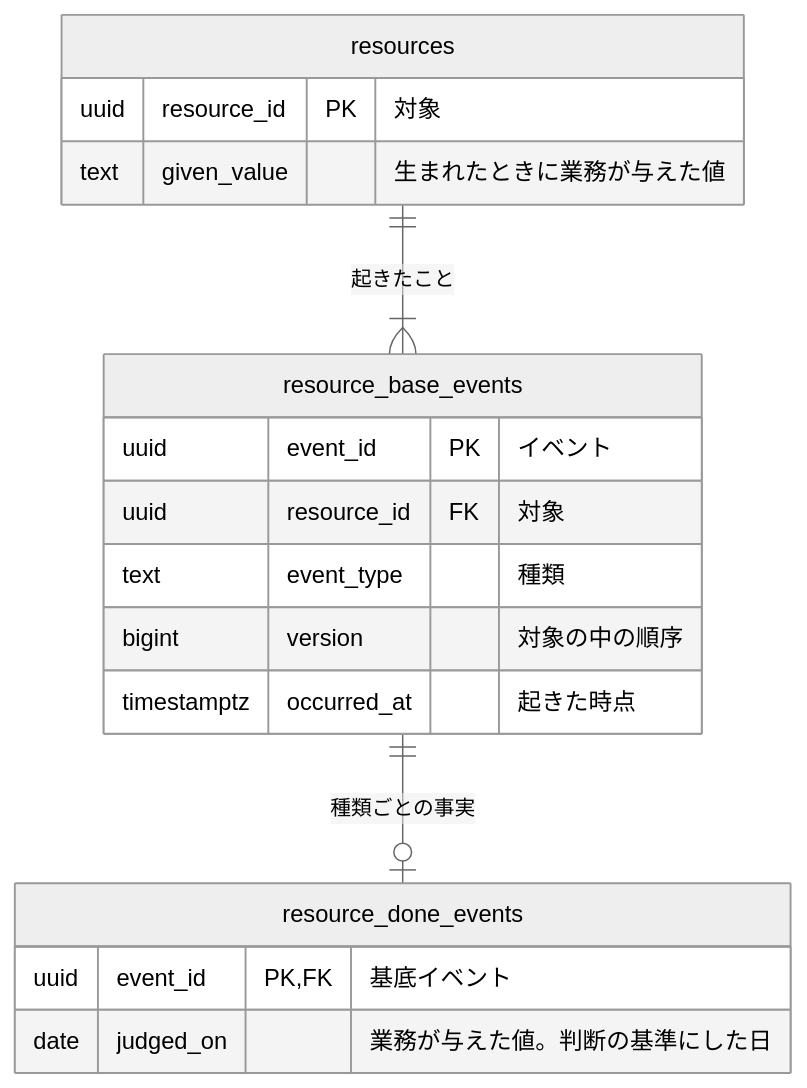
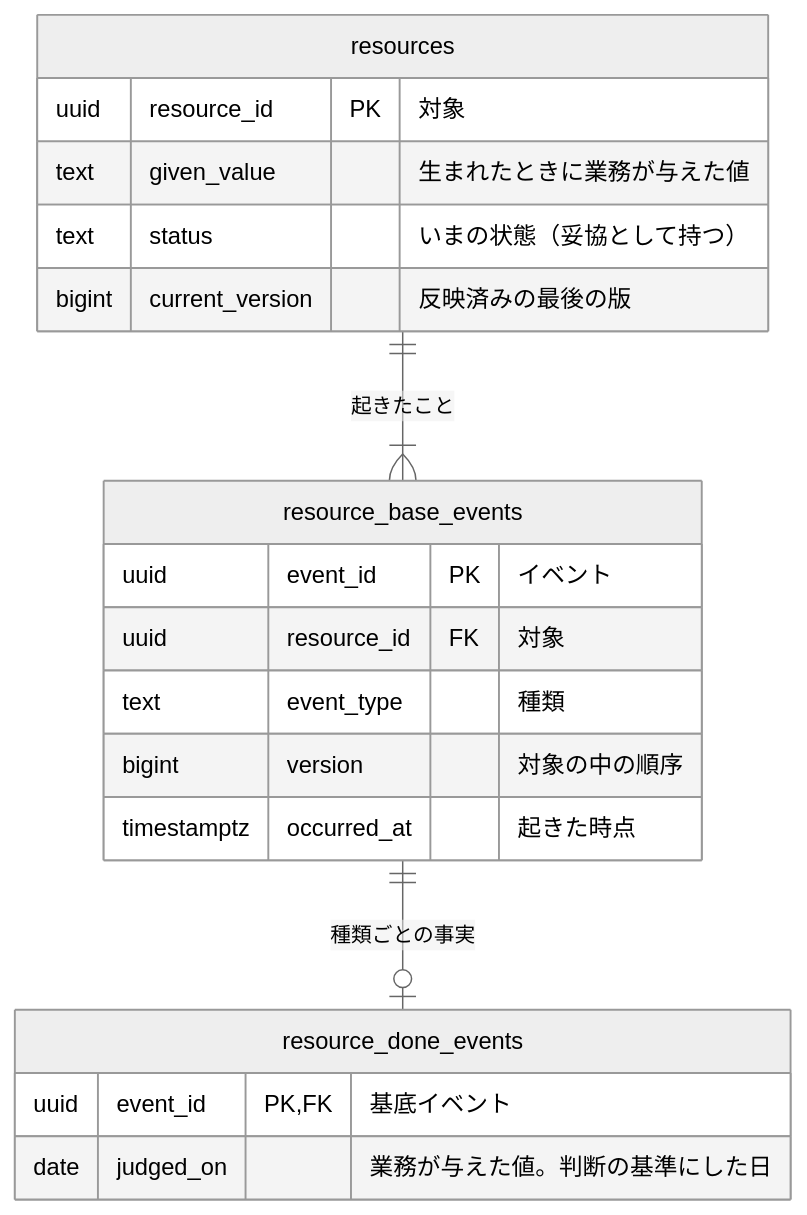
Before and after one commit to nakamori-naoya/write-doc-plugins: the diagram in plugins/write-doc/skills/write-doc/assets/templates/rdb-logical-data-modeling.md, drawn with Mermaid (neutral theme). The commit also changed other lines of this file and 2 other files, not shown here.

````diff
--- a/plugins/write-doc/skills/write-doc/assets/templates/rdb-logical-data-modeling.md
+++ b/plugins/write-doc/skills/write-doc/assets/templates/rdb-logical-data-modeling.md
@@ -38,20 +38,22 @@
 ```mermaid
 erDiagram
     resources {
         uuid resource_id PK "対象"
         text given_value "生まれたときに業務が与えた値"
+        text status "いまの状態（妥協として持つ）"
+        bigint current_version "反映済みの最後の版"
     }
     resource_base_events {
         uuid event_id PK "イベント"
         uuid resource_id FK "対象"
         text event_type "種類"
         bigint version "対象の中の順序"
         timestamptz occurred_at "起きた時点"
     }
     resource_done_events {
         uuid event_id PK, FK "基底イベント"
         date judged_on "業務が与えた値。判断の基準にした日"
     }
     resources ||--|{ resource_base_events : "起きたこと"
     resource_base_events ||--o| resource_done_events : "種類ごとの事実"
 ```
````
